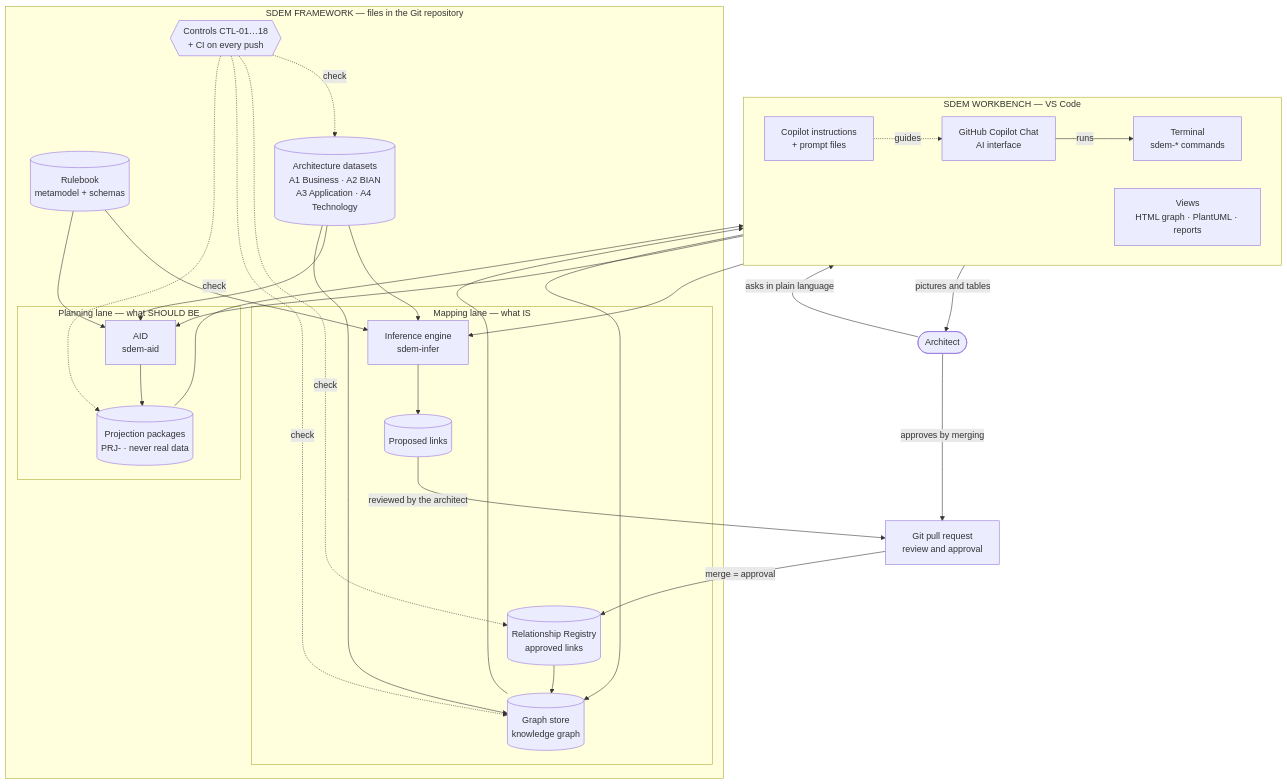
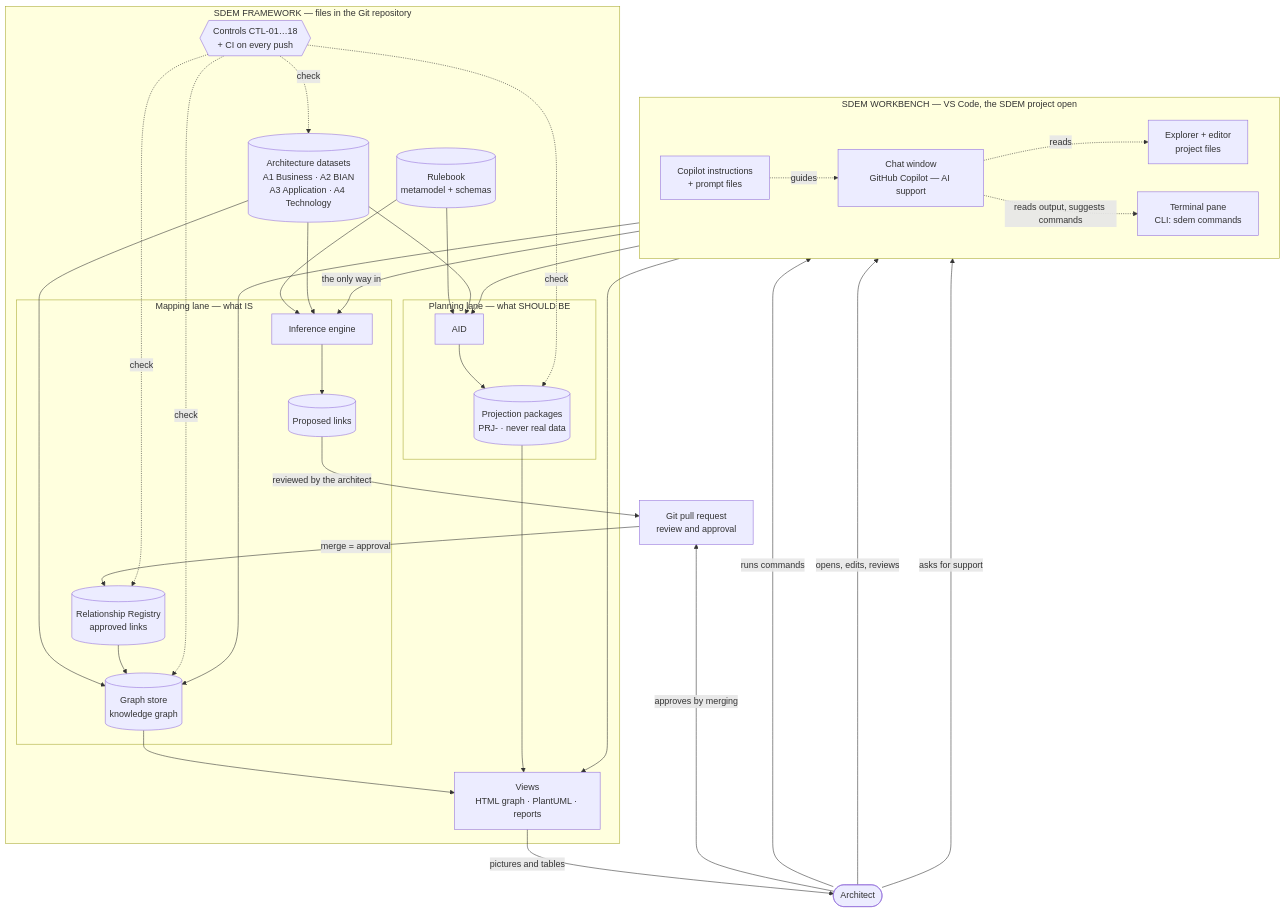
Before and after one commit to taumoeps/bian-sdem-framework: the first of 6 diagrams in docs/sdem-workbench-design.md, drawn with Mermaid. The commit also changed other lines of this file and 6 other files, not shown here.

````diff
--- a/docs/sdem-workbench-design.md
+++ b/docs/sdem-workbench-design.md
@@ -35,55 +38,60 @@
 ```mermaid
 flowchart TB
     architect(["Architect"])
 
-    subgraph WB["SDEM WORKBENCH — VS Code"]
+    subgraph WB["SDEM WORKBENCH — VS Code, the SDEM project open"]
         direction LR
-        chat["GitHub Copilot Chat<br/>AI interface"]
+        files["Explorer + editor<br/>project files"]
+        term["Terminal pane<br/>CLI: sdem commands"]
+        chat["Chat window<br/>GitHub Copilot — AI support"]
         guide["Copilot instructions<br/>+ prompt files"]
-        term["Terminal<br/>sdem-* commands"]
-        views["Views<br/>HTML graph · PlantUML · reports"]
     end
 
     subgraph FW["SDEM FRAMEWORK — files in the Git repository"]
         rulebook[("Rulebook<br/>metamodel + schemas")]
         datasets[("Architecture datasets<br/>A1 Business · A2 BIAN<br/>A3 Application · A4 Technology")]
         subgraph ML["Mapping lane — what IS"]
-            engine["Inference engine<br/>sdem-infer"]
+            engine["Inference engine"]
             proposals[("Proposed links")]
             registry[("Relationship Registry<br/>approved links")]
             store[("Graph store<br/>knowledge graph")]
         end
         subgraph PL["Planning lane — what SHOULD BE"]
-            aid["AID<br/>sdem-aid"]
+            aid["AID"]
             prj[("Projection packages<br/>PRJ- · never real data")]
         end
+        views["Views<br/>HTML graph · PlantUML · reports"]
         controls{{"Controls CTL-01…18<br/>+ CI on every push"}}
     end
 
     git["Git pull request<br/>review and approval"]
 
-    architect -->|"asks in plain language"| chat
+    architect -->|"runs commands"| term
+    architect -->|"opens, edits, reviews"| files
+    architect -->|"asks for support"| chat
     guide -.->|"guides"| chat
-    chat -->|"runs"| term
-    term --> engine
+    chat -.->|"reads output, suggests commands"| term
+    chat -.->|"reads"| files
+    term -->|"the only way in"| engine
     term --> aid
     term --> store
+    term --> views
     rulebook --> engine
     rulebook --> aid
     datasets --> engine
     datasets --> aid
     engine --> proposals
     proposals -->|"reviewed by the architect"| git
     architect -->|"approves by merging"| git
     git -->|"merge = approval"| registry
     datasets --> store
     registry --> store
     aid --> prj
     store --> views
     prj --> views
     views -->|"pictures and tables"| architect
     controls -.->|"check"| datasets
     controls -.->|"check"| registry
     controls -.->|"check"| store
     controls -.->|"check"| prj
 ```
````
